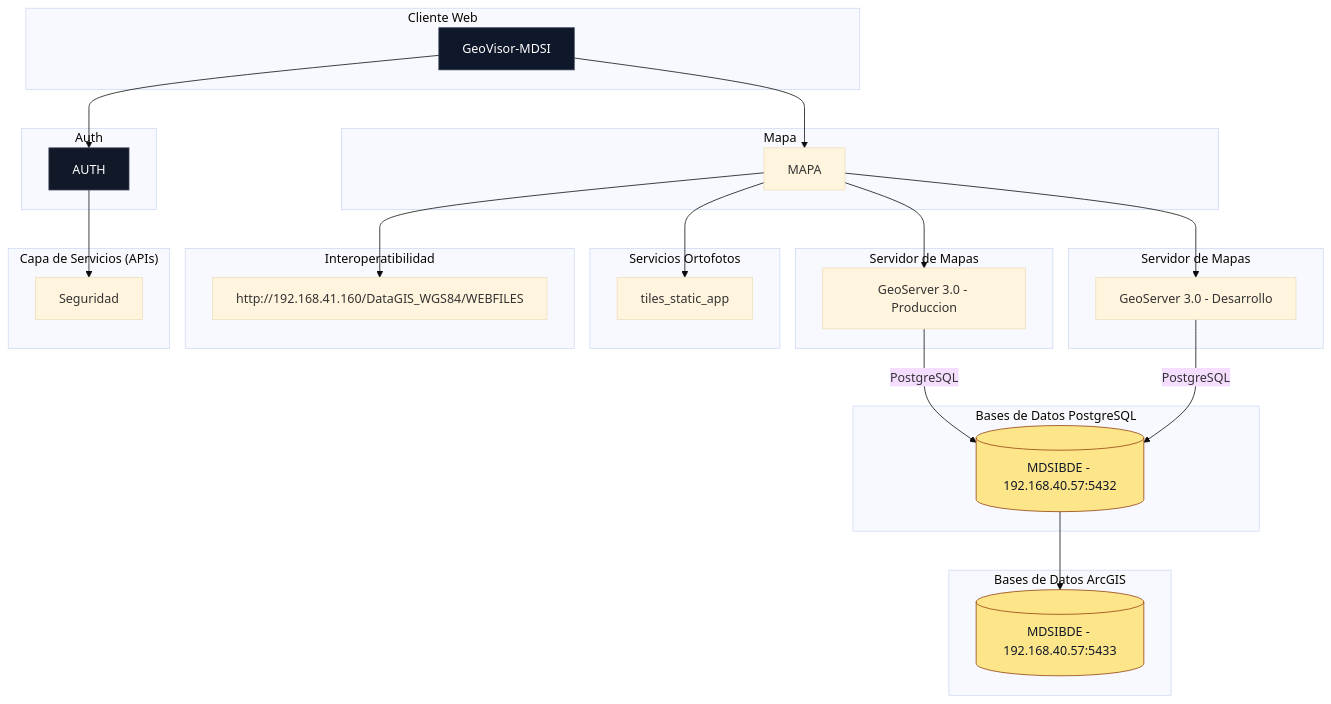
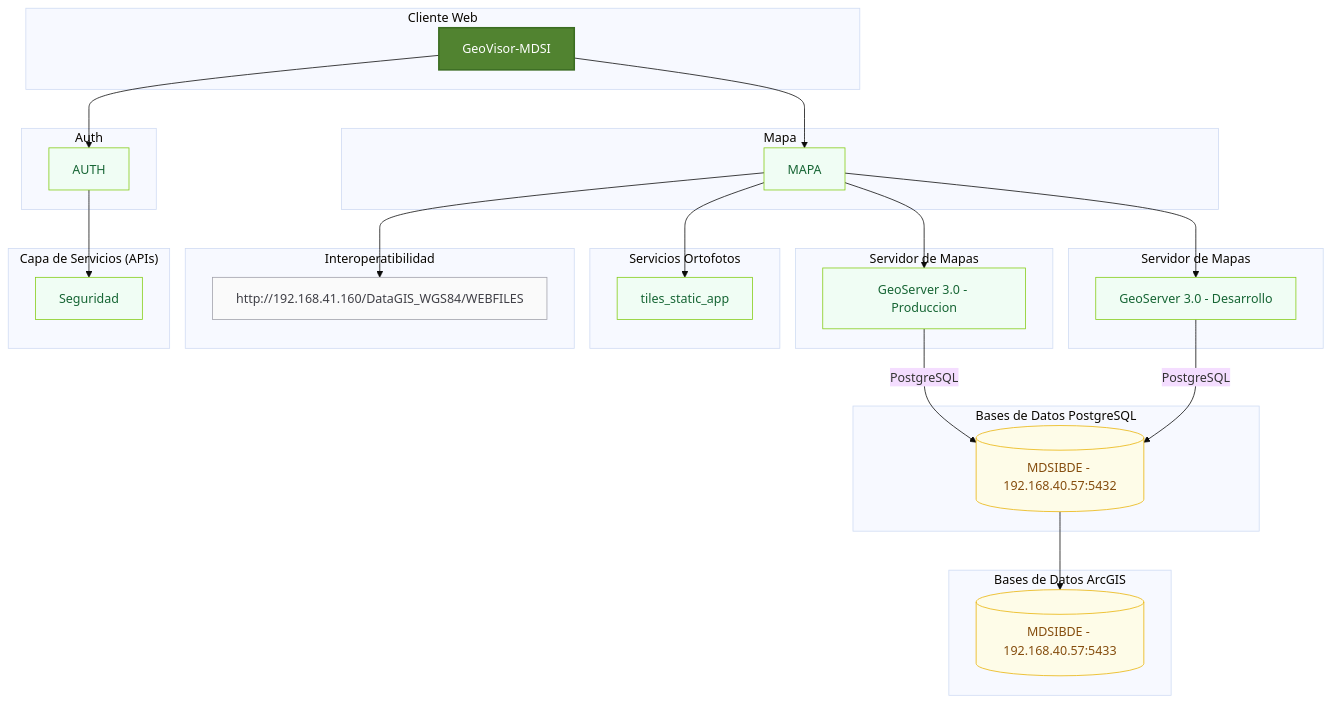
One commit to mdsigeovisor/geovisormdsi changed the diagram in README.md. Above: the diagram before and after it, drawn with Mermaid (base theme).

````diff
--- a/README.md
+++ b/README.md
@@ -14,73 +14,75 @@
 ```mermaid
 graph TB
   %% =========================
   %% COMPONENTES
   %% =========================
   subgraph "Cliente Web"
     FRONT[GeoVisor-MDSI]
   end 
 
   subgraph "Auth"
     AUTH[AUTH]
   end
 
   subgraph "Mapa"
     MAPA[MAPA]
   end
 
   subgraph "Bases de Datos PostgreSQL"
     DB1[(MDSIBDE - 192.168.40.57:5432)]
   end
 
   subgraph "Bases de Datos ArcGIS"
     DB2[(MDSIBDE - 192.168.40.57:5433)]
   end
   
   subgraph "Servidor de Mapas"
     GEOSERVER_PROD[GeoServer 3.0 - Produccion]
   end
 
   subgraph "Servidor de Mapas"
     GEOSERVER_DEV[GeoServer 3.0 - Desarrollo]
   end
 
   subgraph "Servicios Ortofotos"
     ORTOFOTOS[tiles_static_app]
   end
 
   subgraph "Interoperatibilidad"
     INTER[http://192.168.41.160/DataGIS_WGS84/WEBFILES]
   end
 
   subgraph "Capa de Servicios (APIs)"
     SEGURIDAD[Seguridad]
   end  
 
   %% =========================
   %% RELACIONES
   %% =========================
   FRONT --> AUTH
   FRONT --> MAPA
   AUTH --> SEGURIDAD
   MAPA --> GEOSERVER_PROD
   MAPA --> GEOSERVER_DEV
   MAPA --> ORTOFOTOS
   MAPA --> INTER
   DB1 --> DB2
   
   GEOSERVER_PROD -- "PostgreSQL" --> DB1
   GEOSERVER_DEV -- "PostgreSQL" --> DB1
   
 
   %% =========================
   %% ESTILOS
   %% =========================
-  classDef front fill:#0f172a,stroke:#334155,stroke-width:1px,color:#fff;
-  classDef service fill:#111827,stroke:#374151,stroke-width:1px,color:#fff;
-  classDef db fill:#fde68a,stroke:#92400e,stroke-width:1px,color:#111827;
+  classDef front fill:#518330,stroke:#3b6d22,stroke-width:2px,color:#fff;
+  classDef service fill:#f0fdf4,stroke:#84cc16,stroke-width:1px,color:#166534;
+  classDef db fill:#fefce8,stroke:#eab308,stroke-width:1px,color:#854d0e;
+  classDef external fill:#fafafa,stroke:#a1a1aa,stroke-width:1px,color:#3f3f46;
 
   class FRONT front;
-  class AUTH,GEOSERVER service;
+  class AUTH,MAPA,GEOSERVER_PROD,GEOSERVER_DEV,ORTOFOTOS,SEGURIDAD service;
+  class INTER external;
   class DB1 db;
   class DB2 db;
 ```
````
